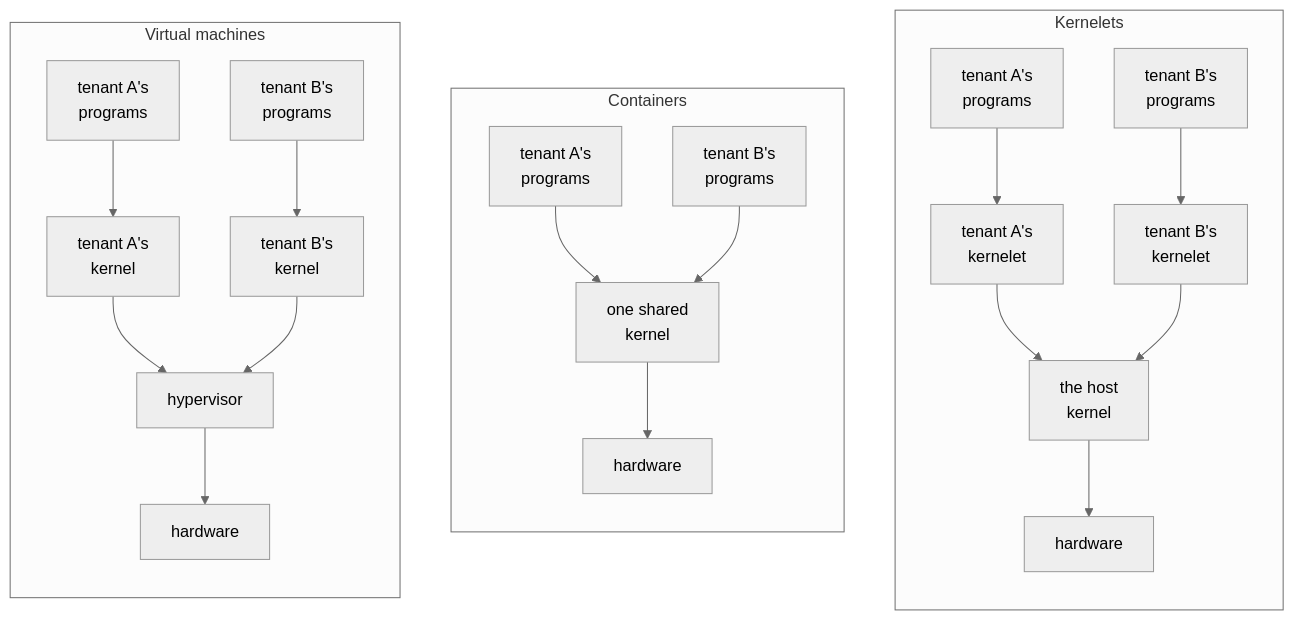
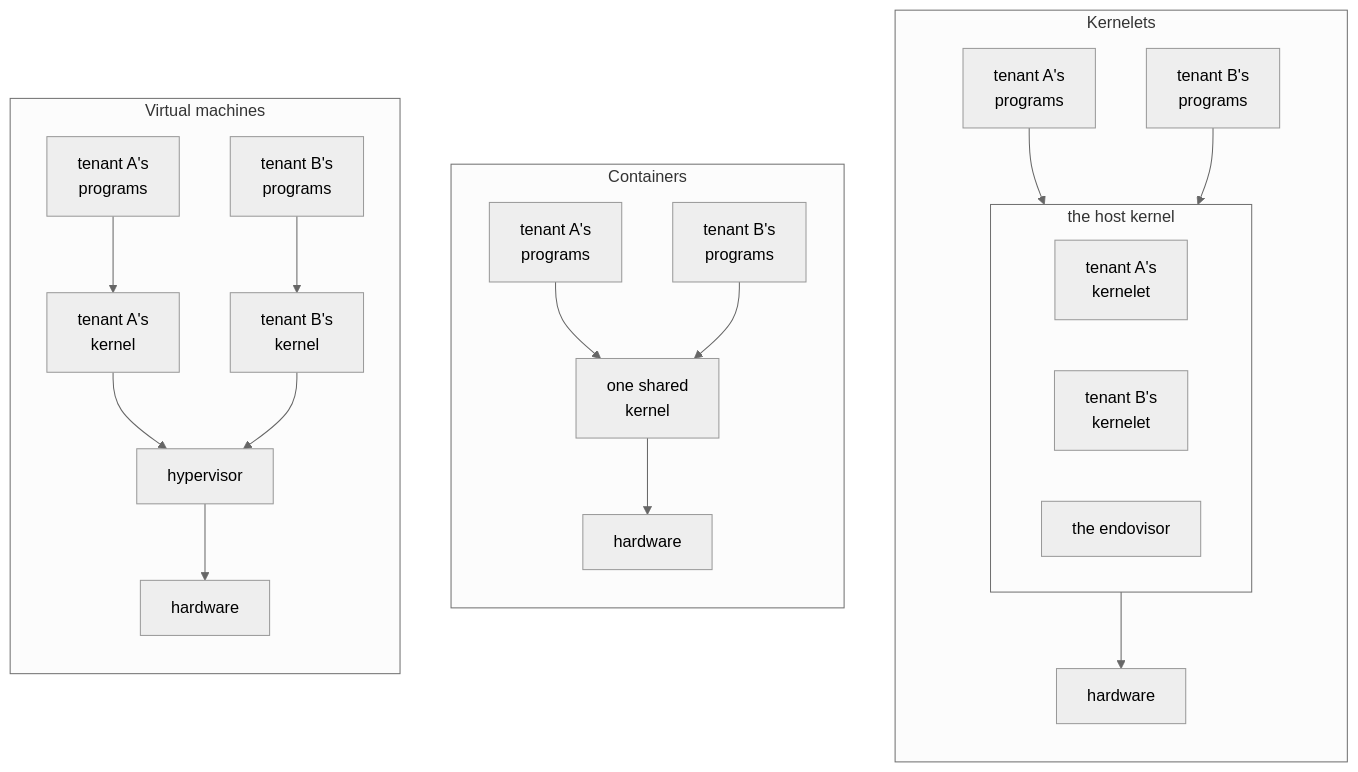
One commit to Plucky923/kernelet changed the diagram in src/why-a-kernel-of-your-own.md. Above: the diagram before and after it, drawn with Mermaid (neutral theme). The commit also changed other lines of this file and 1 other file, not shown here.

````diff
--- a/src/why-a-kernel-of-your-own.md
+++ b/src/why-a-kernel-of-your-own.md
@@ -11,26 +11,30 @@
 ```mermaid
 flowchart LR
     subgraph KL["Kernelets"]
         direction TB
-        a3["tenant A's<br/>programs"] --> akl["tenant A's<br/>kernelet"]
-        b3["tenant B's<br/>programs"] --> bkl["tenant B's<br/>kernelet"]
-        akl --> hk["the host<br/>kernel"]
-        bkl --> hk
+        a3["tenant A's<br/>programs"] --> akl
+        b3["tenant B's<br/>programs"] --> bkl
+        subgraph hk["the host kernel"]
+            direction LR
+            akl["tenant A's<br/>kernelet"]
+            bkl["tenant B's<br/>kernelet"]
+            endo["the endovisor"]
+        end
         hk --> hw3[hardware]
     end
     subgraph CT["Containers"]
         direction TB
         a2["tenant A's<br/>programs"] --> sk["one shared<br/>kernel"]
         b2["tenant B's<br/>programs"] --> sk
         sk --> hw2[hardware]
     end
     subgraph VM["Virtual machines"]
         direction TB
         a1["tenant A's<br/>programs"] --> ak["tenant A's<br/>kernel"]
         b1["tenant B's<br/>programs"] --> bk["tenant B's<br/>kernel"]
         ak --> hv[hypervisor]
         bk --> hv
         hv --> hw1[hardware]
     end
     VM ~~~ CT ~~~ KL
 ```
````
